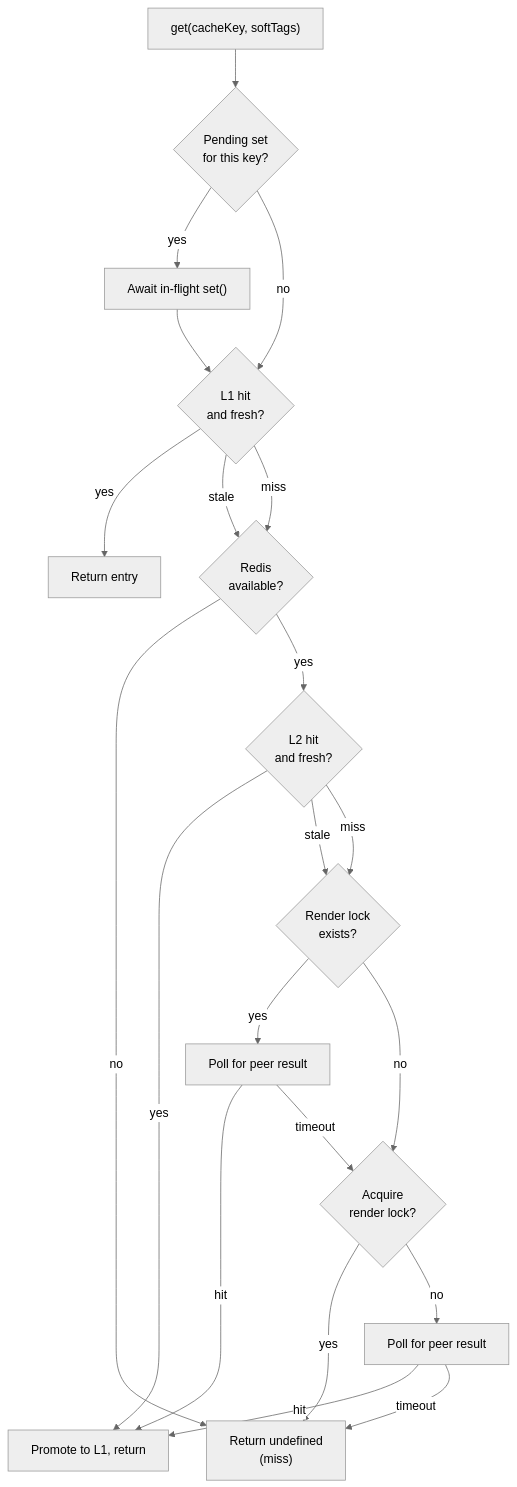
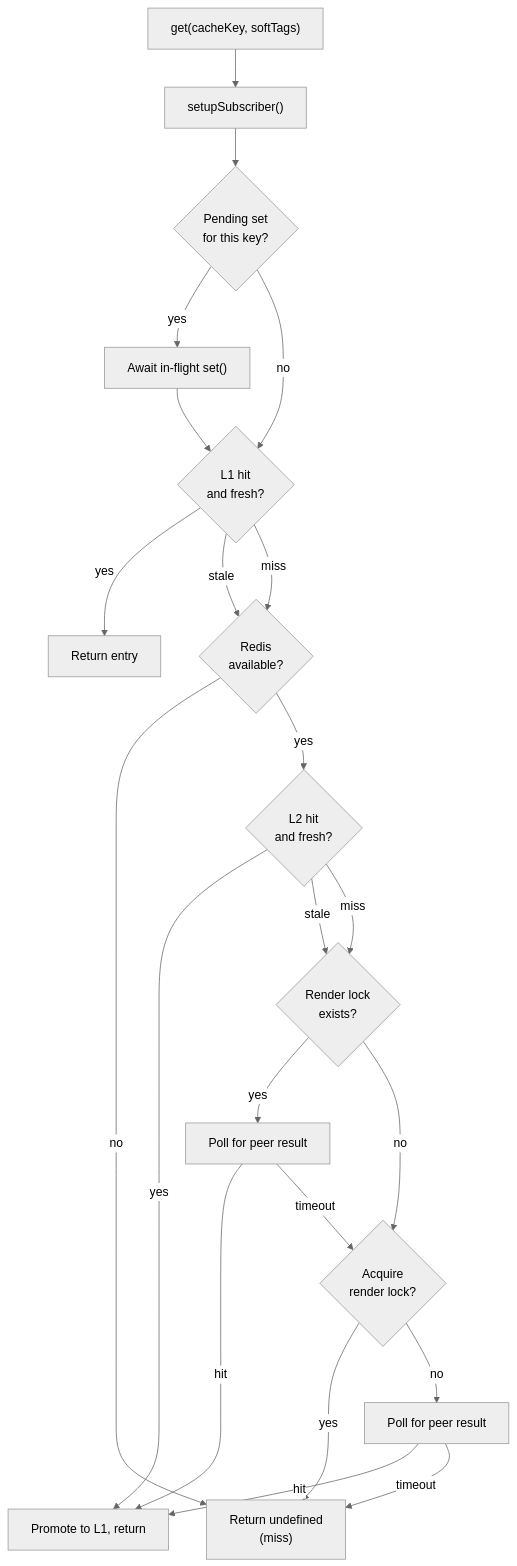
Before and after one commit to Regnar110/cursor-playground: the third of 7 diagrams in packages/cache-handler/docs/ARCHITECTURE.md, drawn with Mermaid (neutral theme). The commit also changed other lines of this file and 8 other files, not shown here.

First line of the commit message:
Migrate cache-handler tests to TypeScript and expand architecture docs.

````diff
--- a/packages/cache-handler/docs/ARCHITECTURE.md
+++ b/packages/cache-handler/docs/ARCHITECTURE.md
@@ -51,23 +89,24 @@
 ```mermaid
 flowchart TD
-    Start["get(cacheKey, softTags)"] --> Pending{"Pending set\nfor this key?"}
+    Start["get(cacheKey, softTags)"] --> Sub["setupSubscriber()"]
+    Sub --> Pending{"Pending set\nfor this key?"}
     Pending -- yes --> AwaitPending["Await in-flight set()"]
     Pending -- no --> L1Check{"L1 hit\nand fresh?"}
     AwaitPending --> L1Check
     L1Check -- yes --> ReturnL1["Return entry"]
     L1Check -- stale --> RedisCheck
     L1Check -- miss --> RedisCheck{"Redis\navailable?"}
     RedisCheck -- no --> Miss["Return undefined\n(miss)"]
     RedisCheck -- yes --> L2Get{"L2 hit\nand fresh?"}
     L2Get -- yes --> Promote["Promote to L1, return"]
     L2Get -- stale --> LockCheck
     L2Get -- miss --> LockCheck{"Render lock\nexists?"}
     LockCheck -- yes --> Wait["Poll for peer result"]
     Wait -- hit --> Promote
     Wait -- timeout --> TryLock
     LockCheck -- no --> TryLock{"Acquire\nrender lock?"}
     TryLock -- yes --> Miss
     TryLock -- no --> Wait2["Poll for peer result"]
     Wait2 -- hit --> Promote
     Wait2 -- timeout --> Miss
 ```
````
